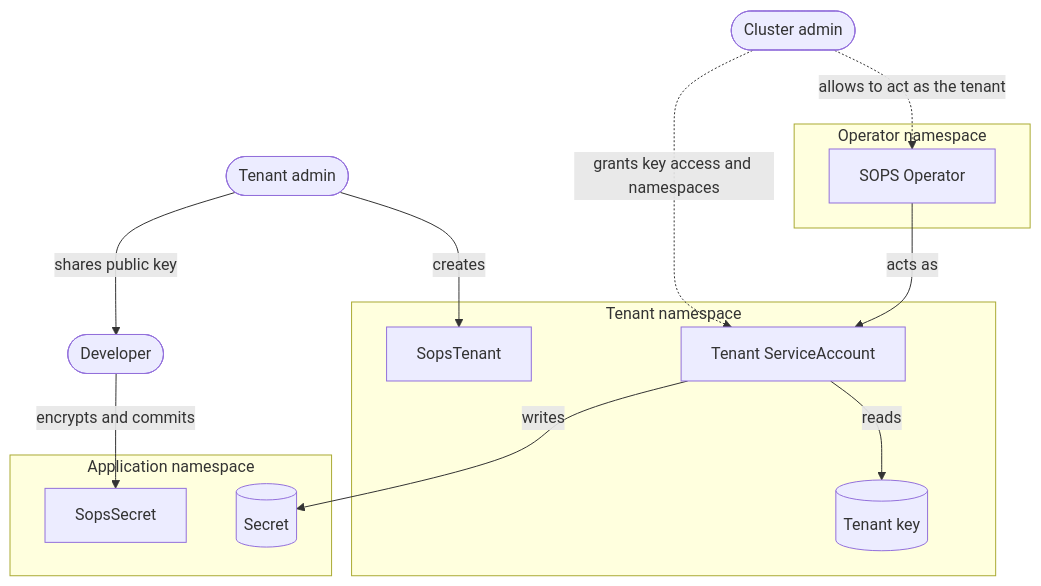
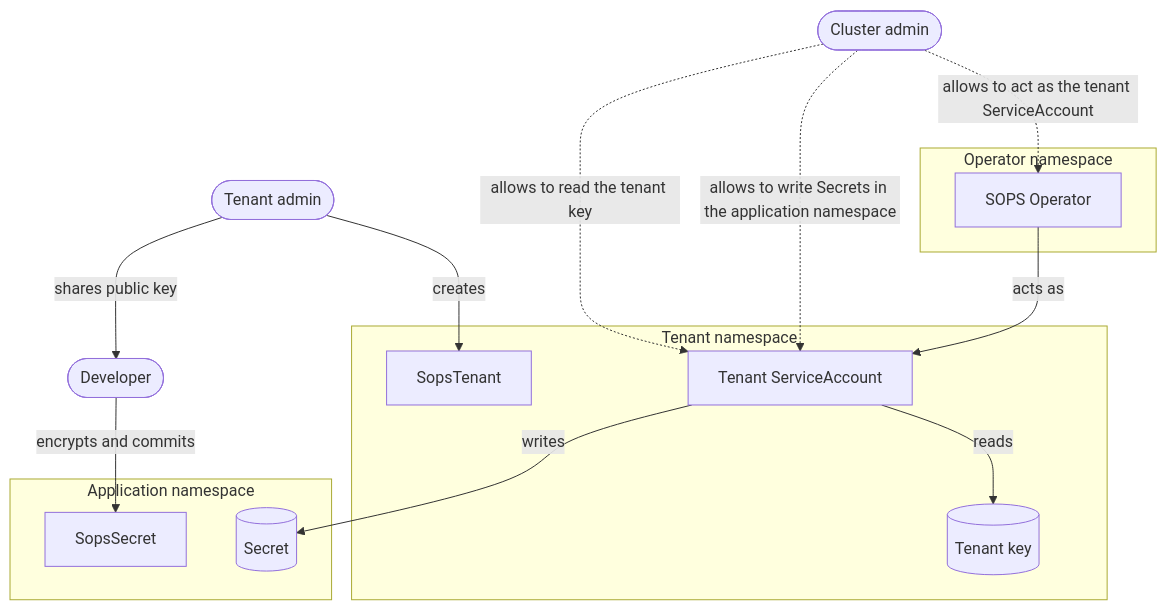
The diagram in README.md (stakater/sops-operator), drawn with Mermaid before and after one commit.

Commit message:
docs: README diagram names each grant separately

````diff
--- a/README.md
+++ b/README.md
@@ -110,30 +110,31 @@
 ```mermaid
 flowchart TB
     CA(["Cluster admin"])
     TA(["Tenant admin"])
     DEV(["Developer"])
 
     subgraph OPNS["Operator namespace"]
         OP["SOPS Operator"]
     end
 
     subgraph TNS["Tenant namespace"]
         TEN["SopsTenant"]
         SA["Tenant ServiceAccount"]
         KEY[("Tenant key")]
     end
 
     subgraph APP["Application namespace"]
         SS["SopsSecret"]
         OUT[("Secret")]
     end
 
-    CA -.->|"allows to act as the tenant"| OP
-    CA -.->|"grants key access and namespaces"| SA
+    CA -.->|"allows to act as the tenant ServiceAccount"| OP
+    CA -.->|"allows to read the tenant key"| SA
+    CA -.->|"allows to write Secrets in the application namespace"| SA
     TA -->|creates| TEN
     TA -->|"shares public key"| DEV
     DEV -->|"encrypts and commits"| SS
     OP -->|"acts as"| SA
     SA -->|reads| KEY
     SA -->|writes| OUT
 ```
````
